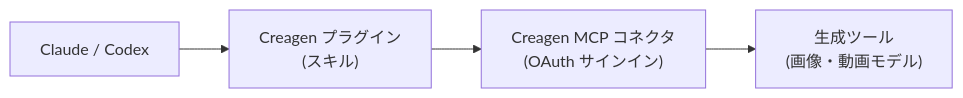
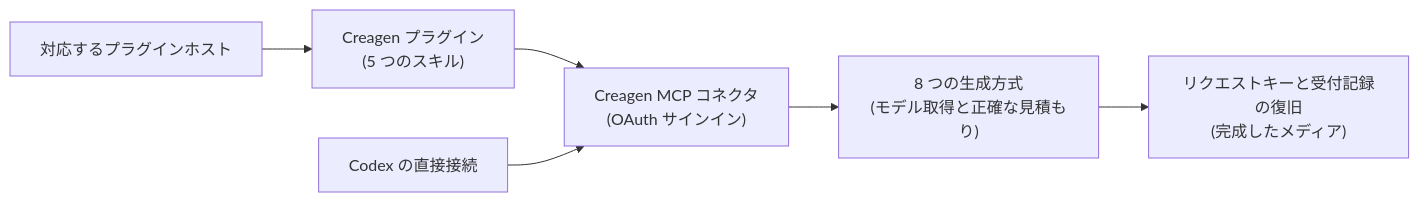
The diagram in README.ja.md (pioncorp/creagen-plugin), drawn with Mermaid before and after one commit. The commit also changed other lines of this file and 16 other files, not shown here.

````diff
--- a/README.ja.md
+++ b/README.ja.md
@@ -80,6 +80,8 @@
 ```mermaid
 flowchart LR
-  A["Claude / Codex"] --> B["Creagen プラグイン<br/>(スキル)"]
+  A["対応するプラグインホスト"] --> B["Creagen プラグイン<br/>(5 つのスキル)"]
   B --> C["Creagen MCP コネクタ<br/>(OAuth サインイン)"]
-  C --> D["生成ツール<br/>(画像・動画モデル)"]
+  X["Codex の直接接続"] --> C
+  C --> D["8 つの生成方式<br/>(モデル取得と正確な見積もり)"]
+  D --> E["リクエストキーと受付記録の復旧<br/>(完成したメディア)"]
 ```
````
